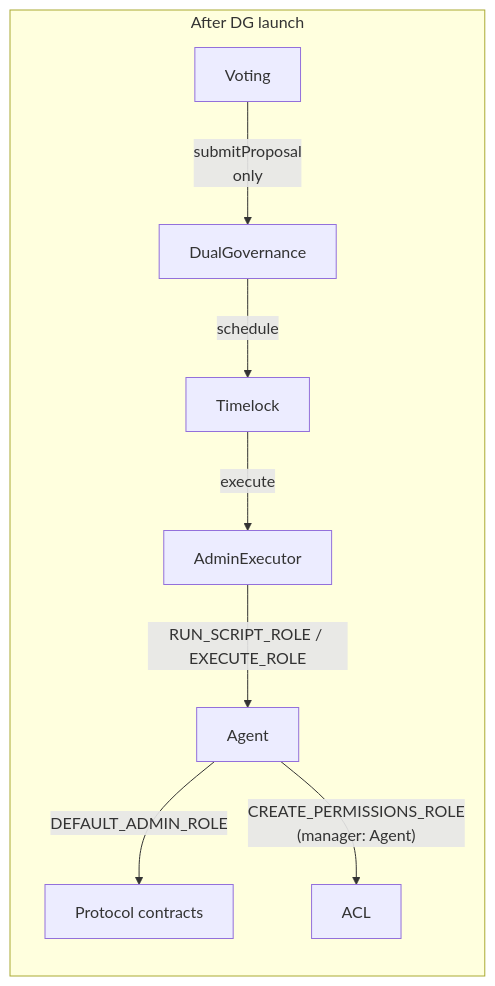
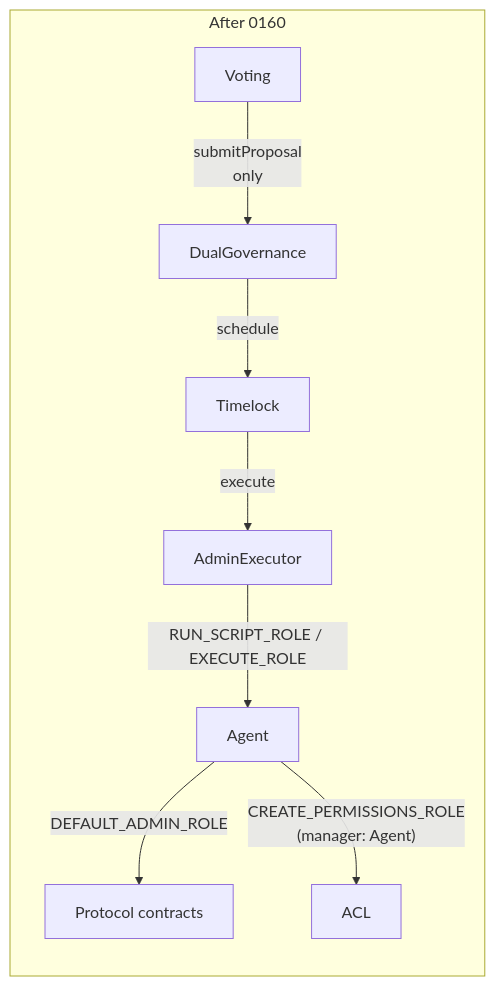
The seventh of 9 diagrams in docs/flow.md (lidofinance/core), drawn with Mermaid before and after one commit. The commit also changed other lines of this file and 2 other files, not shown here.

````diff
--- a/docs/flow.md
+++ b/docs/flow.md
@@ -342,20 +354,20 @@
 ```mermaid
 flowchart LR
-    subgraph After[After DG launch]
+    subgraph After[After 0160]
         direction TB
         VAfter[Voting]
         DGAfter[DualGovernance]
         TLAfter[Timelock]
         AEAfter[AdminExecutor]
         AAfter[Agent]
         PAfter[Protocol contracts]
         ACLAfter[ACL]
 
         VAfter -- submitProposal<br/>only --> DGAfter
         DGAfter -- schedule --> TLAfter
         TLAfter -- execute --> AEAfter
         AEAfter -- RUN_SCRIPT_ROLE / EXECUTE_ROLE --> AAfter
         AAfter -- DEFAULT_ADMIN_ROLE --> PAfter
         AAfter -- CREATE_PERMISSIONS_ROLE<br/>(manager: Agent) --> ACLAfter
     end
 ```
````
